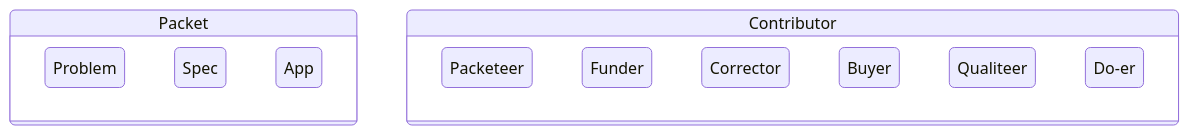
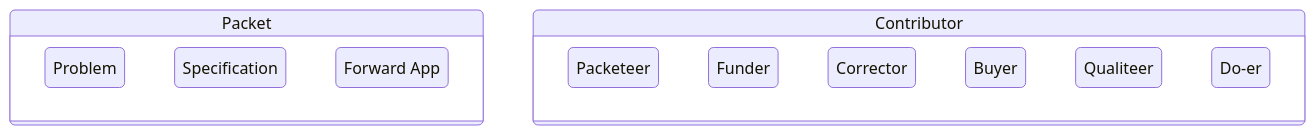
One commit to dreamcatcher-tech/network changed the second of 2 diagrams in ideas/Dreamcatcher/DreamEther/Contract Flow.md. Above: the diagram before and after it, drawn with Mermaid. The commit also changed other lines of this file and 3 other files, not shown here.

````diff
--- a/ideas/Dreamcatcher/DreamEther/Contract Flow.md
+++ b/ideas/Dreamcatcher/DreamEther/Contract Flow.md
@@ -107,20 +126,20 @@
 ```mermaid
 stateDiagram-v2
 
     state Packet {
 		Problem
-        Spec
-        App
+        Specification
+        F
     }
     
     state Contributor {
 	    Packeteer
 	    Funder
 	    Corrector
 	    Buyer
 	    Qualiteer
 	    D
     }
-    
+	F: Forward App
 	D: Do-er
 ```
````
